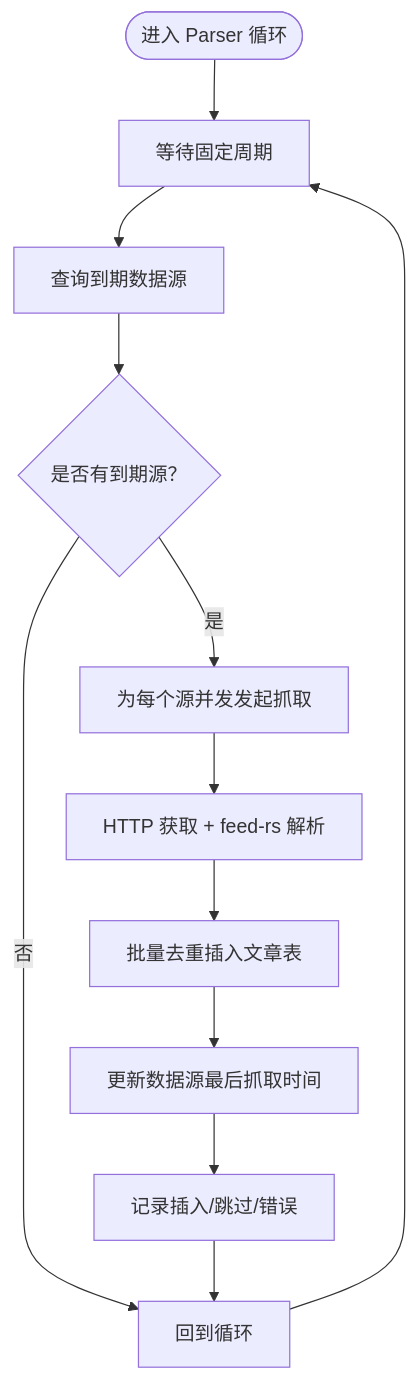
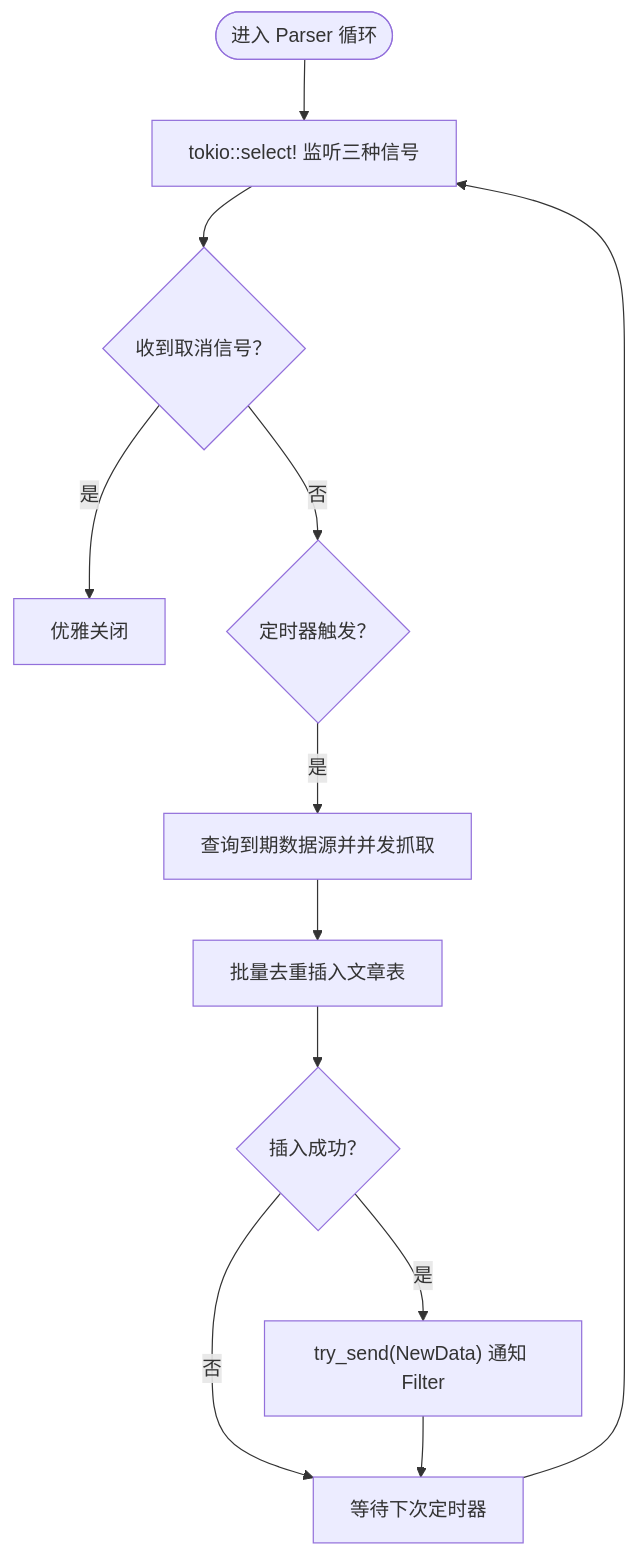
Before and after one commit to leimu-hue/AI-Trend-Tool: the fourth of 10 diagrams in .qoder/repowiki/zh/content/系统架构设计/系统架构设计.md, drawn with Mermaid. The commit also changed other lines of this file and 74 other files, not shown here.

````diff
--- a/.qoder/repowiki/zh/content/系统架构设计/系统架构设计.md
+++ b/.qoder/repowiki/zh/content/系统架构设计/系统架构设计.md
@@ -146,13 +199,14 @@
 ```mermaid
 flowchart TD
-Start(["进入 Parser 循环"]) --> Sleep["等待固定周期"]
-Sleep --> QueryDue["查询到期数据源"]
-QueryDue --> HasDue{"是否有到期源？"}
-HasDue --> |否| LoopBack["回到循环"] --> Sleep
-HasDue --> |是| SpawnFetch["为每个源并发发起抓取"]
-SpawnFetch --> Fetch["HTTP 获取 + feed-rs 解析"]
+Start(["进入 Parser 循环"]) --> Select["tokio::select! 监听三种信号"]
+Select --> Cancel{"收到取消信号？"}
+Cancel --> |是| Shutdown["优雅关闭"]
+Cancel --> |否| Interval{"定时器触发？"}
+Interval --> |是| Fetch["查询到期数据源并并发抓取"]
 Fetch --> Insert["批量去重插入文章表"]
-Insert --> UpdateSource["更新数据源最后抓取时间"]
-UpdateSource --> Log["记录插入/跳过/错误"]
-Log --> LoopBack
+Insert --> Success{"插入成功？"}
+Success --> |是| Notify["try_send(NewData) 通知 Filter"]
+Success --> |否| Wait["等待下次定时器"]
+Notify --> Wait
+Wait --> Select
 ```
````
